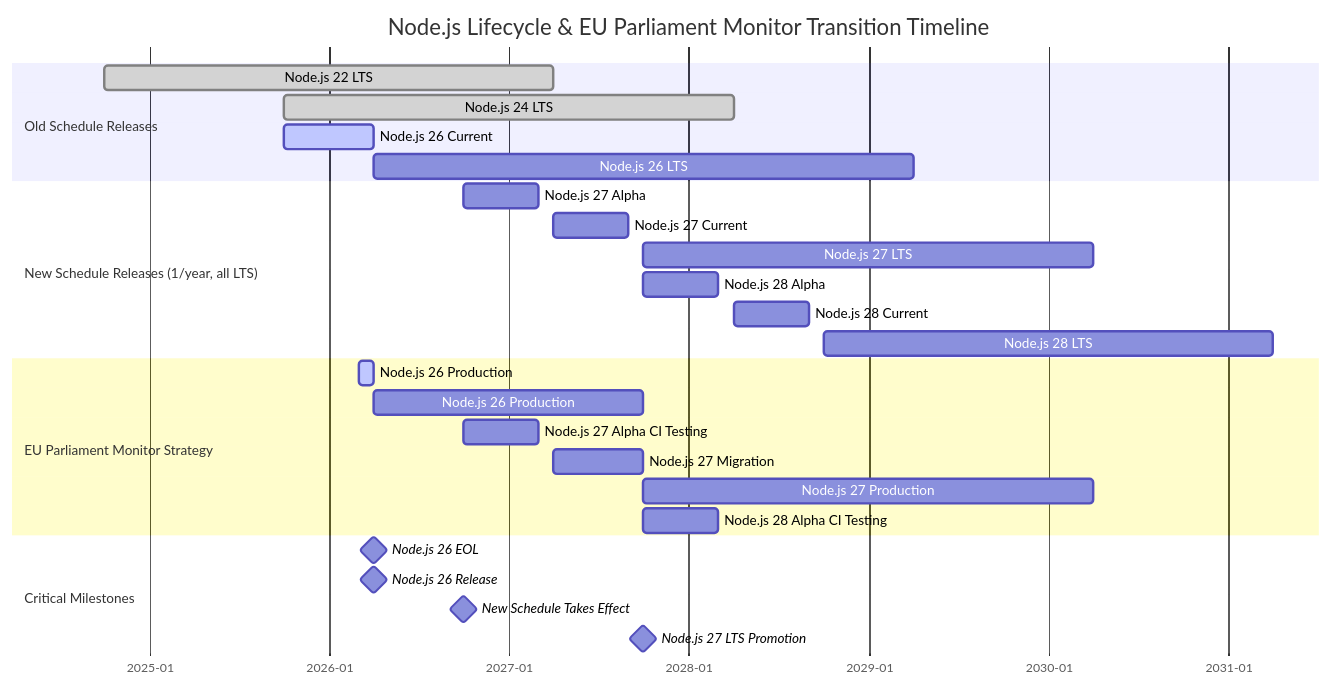
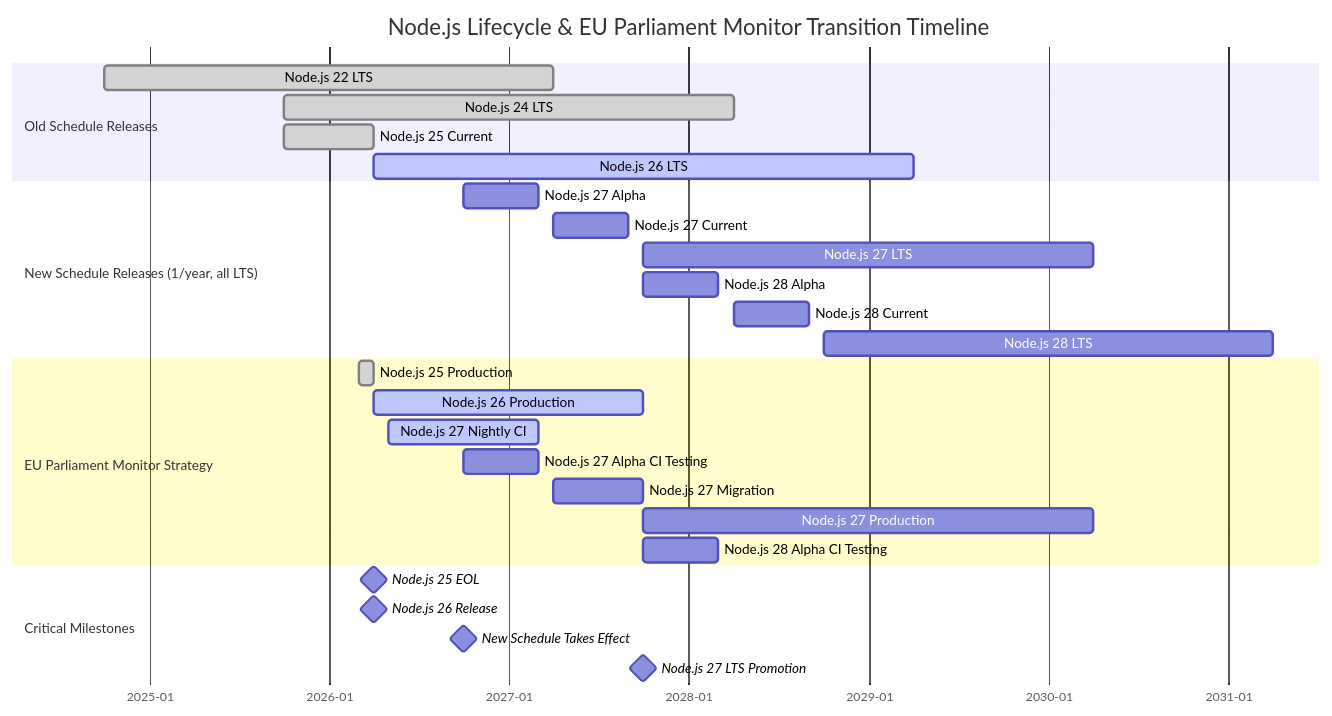
The second of 6 diagrams in docs/api/media/End-of-Life-Strategy.md (Hack23/euparliamentmonitor), drawn with Mermaid before and after one commit. The commit also changed other lines of this file and 1403 other files, not shown here.

````diff
--- a/docs/api/media/End-of-Life-Strategy.md
+++ b/docs/api/media/End-of-Life-Strategy.md
@@ -222,35 +222,36 @@
 ```mermaid
 gantt
     title Node.js Lifecycle & EU Parliament Monitor Transition Timeline
     dateFormat YYYY-MM
     axisFormat %Y-%m
 
     section Old Schedule Releases
     %% LTS support windows (month-level, aligned with Node.js LTS/EOL schedule)
     Node.js 22 LTS              :done, node22, 2024-10, 2027-04
     Node.js 24 LTS              :done, node24, 2025-10, 2028-04
-    Node.js 26 Current          :active, node25, 2025-10, 2026-04
-    Node.js 26 LTS              :node26, 2026-04, 2029-04
+    Node.js 25 Current          :done, node25, 2025-10, 2026-04
+    Node.js 26 LTS              :active, node26, 2026-04, 2029-04
 
     section New Schedule Releases (1/year, all LTS)
     Node.js 27 Alpha            :node27a, 2026-10, 2027-03
     Node.js 27 Current          :node27c, 2027-04, 2027-09
     Node.js 27 LTS              :node27, 2027-10, 2030-04
     Node.js 28 Alpha            :node28a, 2027-10, 2028-03
     Node.js 28 Current          :node28c, 2028-04, 2028-09
     Node.js 28 LTS              :node28, 2028-10, 2031-04
 
     section EU Parliament Monitor Strategy
-    Node.js 26 Production       :active, ep25, 2026-03, 2026-04
-    Node.js 26 Production       :ep26, 2026-04, 2027-10
+    Node.js 25 Production       :done, ep25, 2026-03, 2026-04
+    Node.js 26 Production       :active, ep26, 2026-04, 2027-10
+    Node.js 27 Nightly CI       :active, ep27n, 2026-05, 2027-03
     Node.js 27 Alpha CI Testing :ep27a, 2026-10, 2027-03
     Node.js 27 Migration        :ep27m, 2027-04, 2027-10
     Node.js 27 Production       :ep27p, 2027-10, 2030-04
     Node.js 28 Alpha CI Testing :ep28a, 2027-10, 2028-03
 
     section Critical Milestones
-    Node.js 26 EOL              :milestone, node25eol, 2026-04, 0d
+    Node.js 25 EOL              :milestone, node25eol, 2026-04, 0d
     Node.js 26 Release          :milestone, node26rel, 2026-04, 0d
     New Schedule Takes Effect   :milestone, newschedule, 2026-10, 0d
     Node.js 27 LTS Promotion    :milestone, node27lts, 2027-10, 0d
 ```
````
